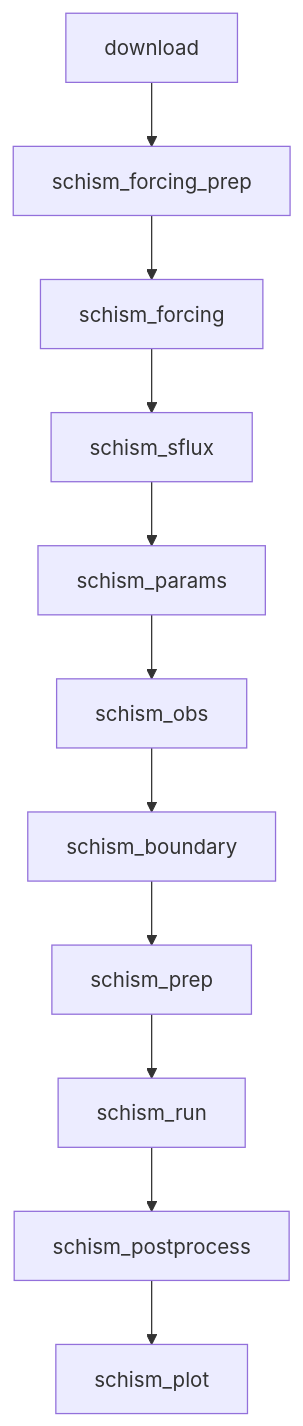
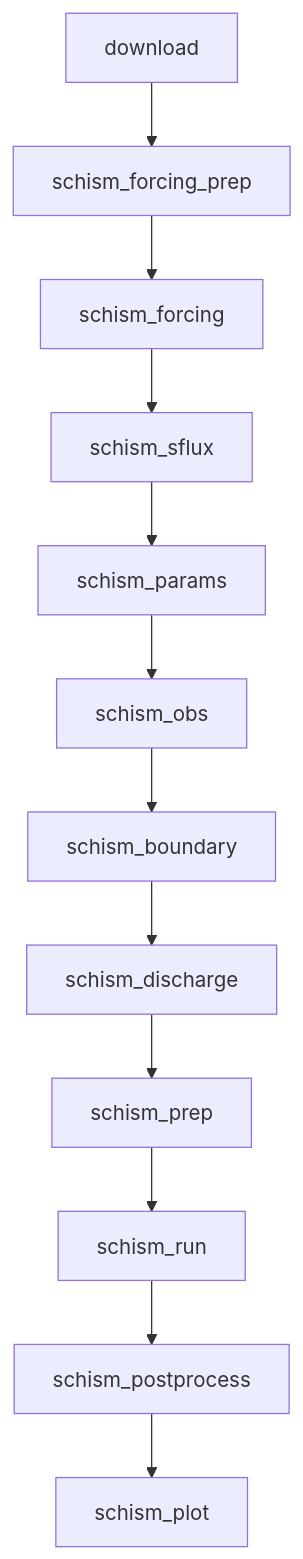
The first of 3 diagrams in docs/user-guide/workflow-stages.md (NGWPC/nwm-coastal), drawn with Mermaid before and after one commit. The commit also changed other lines of this file and 4 other files, not shown here.

Commit message:
updated readme and workflow stages to match current status. cli was missing info on schism_discharge since it used to be in schism_prep - split those out as it works now

````diff
--- a/docs/user-guide/workflow-stages.md
+++ b/docs/user-guide/workflow-stages.md
@@ -13,13 +16,14 @@
 ```mermaid
 flowchart TD
     A[download] --> B[schism_forcing_prep]
     B --> C[schism_forcing]
     C --> D[schism_sflux]
     D --> E[schism_params]
     E --> F[schism_obs]
     F --> G[schism_boundary]
-    G --> H[schism_prep]
-    H --> I[schism_run]
-    I --> J[schism_postprocess]
-    J --> K[schism_plot]
+    G --> H[schism_discharge]
+    H --> I[schism_prep]
+    I --> J[schism_run]
+    J --> K[schism_postprocess]
+    K --> L[schism_plot]
 ```
````
